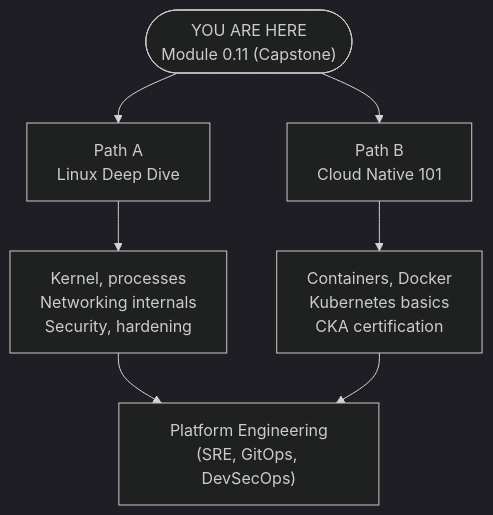
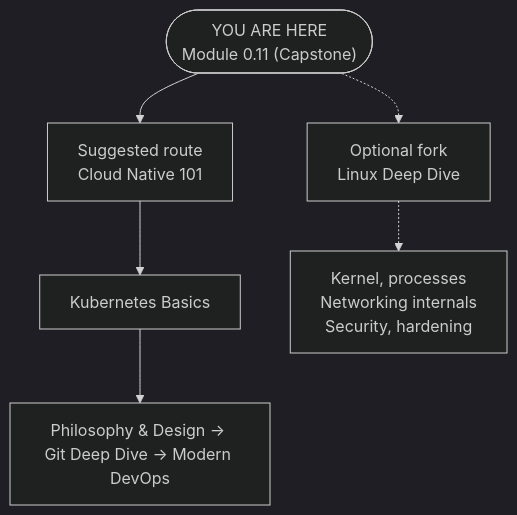
One commit to kube-dojo/kube-dojo changed the diagram in src/content/docs/prerequisites/zero-to-terminal/module-0.11-your-first-server.md. Above: the diagram before and after it, drawn with Mermaid (dark theme). The commit also changed other lines of this file and 7 other files, not shown here.

````diff
--- a/src/content/docs/prerequisites/zero-to-terminal/module-0.11-your-first-server.md
+++ b/src/content/docs/prerequisites/zero-to-terminal/module-0.11-your-first-server.md
@@ -542,11 +544,9 @@
 ```mermaid
 graph TD
-    Current(["YOU ARE HERE<br/>Module 0.11 (Capstone)"]) --> PathA["Path A<br/>Linux Deep Dive"]
-    Current --> PathB["Path B<br/>Cloud Native 101"]
+    Current(["YOU ARE HERE<br/>Module 0.11 (Capstone)"]) --> Default["Suggested route<br/>Cloud Native 101"]
+    Default --> K8s["Kubernetes Basics"]
+    Current -.-> Optional["Optional fork<br/>Linux Deep Dive"]
 
-    PathA --> L1["Kernel, processes<br/>Networking internals<br/>Security, hardening"]
-    PathB --> C1["Containers, Docker<br/>Kubernetes basics<br/>CKA certification"]
-
-    L1 --> PE["Platform Engineering<br/>(SRE, GitOps, DevSecOps)"]
-    C1 --> PE
+    K8s --> Route["Philosophy & Design → Git Deep Dive → Modern DevOps"]
+    Optional -.-> LinuxDepth["Kernel, processes<br/>Networking internals<br/>Security, hardening"]
 ```
````
